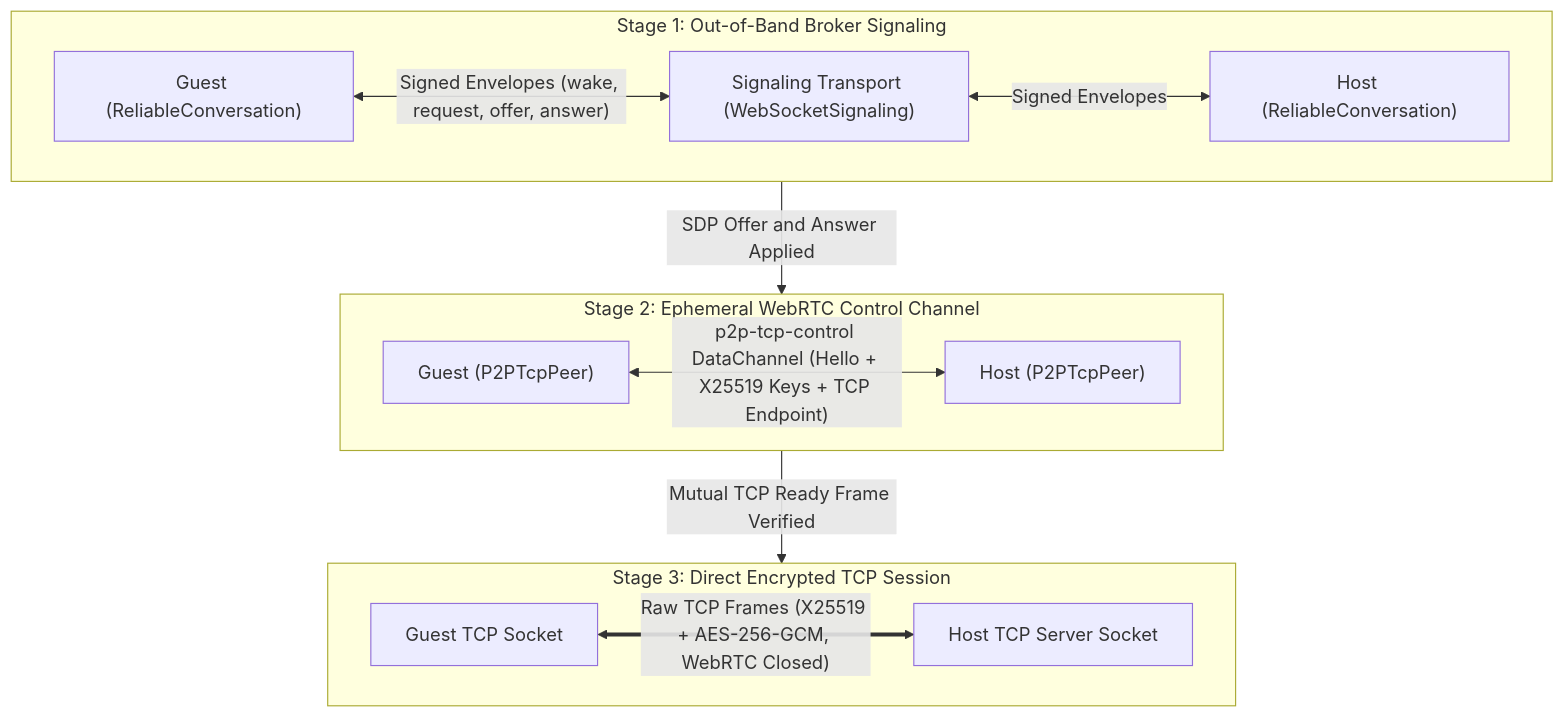
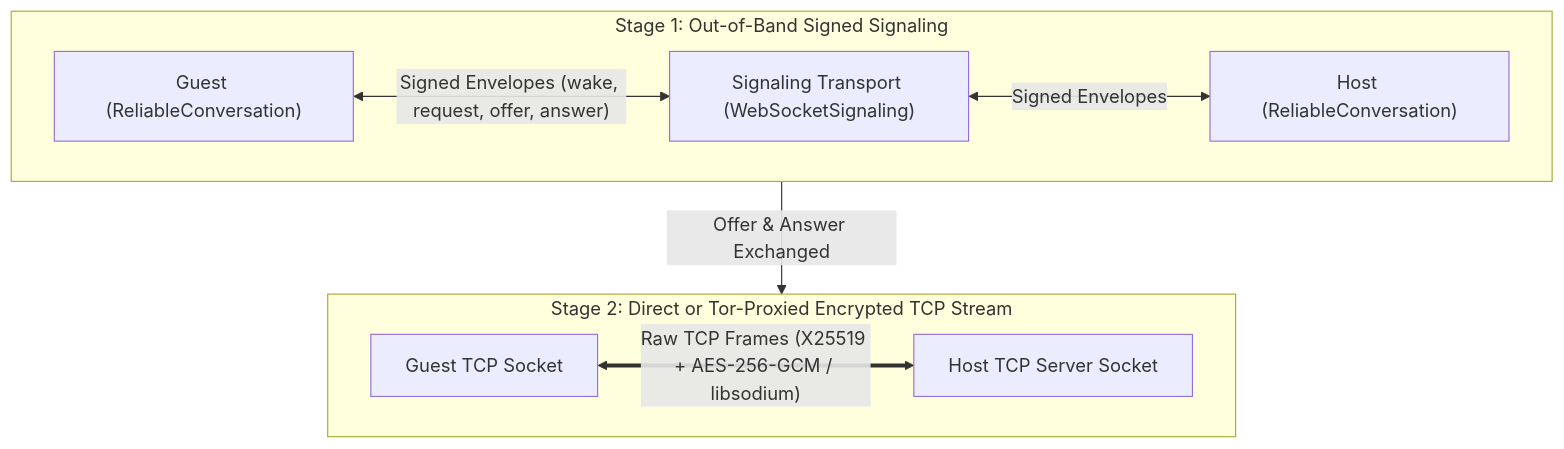
Before and after one commit to harbouli/fprot: the first of 2 diagrams in docs/SIGNALING_DEEP_DIVE.md, drawn with Mermaid. The commit also changed other lines of this file and 26 other files, not shown here.

Commit message:
feat: add Tor and SOCKS5 proxy support for TCP connections and peers

````diff
--- a/docs/SIGNALING_DEEP_DIVE.md
+++ b/docs/SIGNALING_DEEP_DIVE.md
@@ -43,21 +43,15 @@
 ```mermaid
 flowchart TD
-    subgraph Stage1 ["Stage 1: Out-of-Band Broker Signaling"]
+    subgraph Stage1 ["Stage 1: Out-of-Band Signed Signaling"]
         direction LR
         G1["Guest (ReliableConversation)"] <-->|"Signed Envelopes (wake, request, offer, answer)"| Broker["Signaling Transport (WebSocketSignaling)"]
         Broker <-->|"Signed Envelopes"| H1["Host (ReliableConversation)"]
     end
 
-    subgraph Stage2 ["Stage 2: Ephemeral WebRTC Control Channel"]
+    subgraph Stage2 ["Stage 2: Direct or Tor-Proxied Encrypted TCP Stream"]
         direction LR
-        G2["Guest (P2PTcpPeer)"] <-->|"p2p-tcp-control DataChannel (Hello + X25519 Keys + TCP Endpoint)"| H2["Host (P2PTcpPeer)"]
+        G2["Guest TCP Socket"] <==>|"Raw TCP Frames (X25519 + AES-256-GCM / libsodium)"| H2["Host TCP Server Socket"]
     end
 
-    subgraph Stage3 ["Stage 3: Direct Encrypted TCP Session"]
-        direction LR
-        G3["Guest TCP Socket"] <==>|"Raw TCP Frames (X25519 + AES-256-GCM, WebRTC Closed)"| H3["Host TCP Server Socket"]
-    end
-
-    Stage1 -->|"SDP Offer and Answer Applied"| Stage2
-    Stage2 -->|"Mutual TCP Ready Frame Verified"| Stage3
+    Stage1 -->|"Offer & Answer Exchanged"| Stage2
 ```
````
